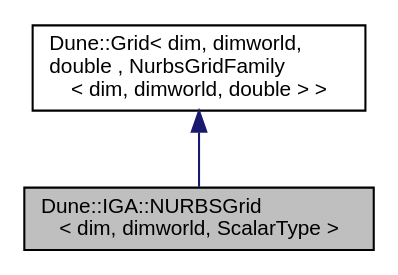
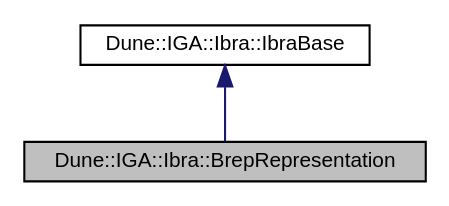
The diagram in de/de4/a01135.dot (rath3t/dune-iga-doc), drawn with Graphviz before and after one commit. The commit also changed 834 other files, not shown here.

Commit message:
deploy: rath3t/dune-iga@4029b7012355f20c5551990b3dfaf1e790af0da3

```diff
--- a/de/de4/a01135.dot
+++ b/de/de4/a01135.dot
@@ -1,9 +1,9 @@
-digraph "Dune::IGA::NURBSGrid&lt; dim, dimworld, ScalarType &gt;"
+digraph "Dune::IGA::Ibra::BrepRepresentation"
 {
  // LATEX_PDF_SIZE
   edge [fontname="Helvetica",fontsize="10",labelfontname="Helvetica",labelfontsize="10"];
   node [fontname="Helvetica",fontsize="10",shape=record];
-  Node1 [label="Dune::IGA::NURBSGrid\l\< dim, dimworld, ScalarType \>",height=0.2,width=0.4,color="black", fillcolor="grey75", style="filled", fontcolor="black",tooltip="[ provides Dune::Grid ]"];
+  Node1 [label="Dune::IGA::Ibra::BrepRepresentation",height=0.2,width=0.4,color="black", fillcolor="grey75", style="filled", fontcolor="black",tooltip=" "];
   Node2 -> Node1 [dir="back",color="midnightblue",fontsize="10",style="solid",fontname="Helvetica"];
-  Node2 [label="Dune::Grid\< dim, dimworld,\l double , NurbsGridFamily\l\< dim, dimworld, double  \> \>",height=0.2,width=0.4,color="black", fillcolor="white", style="filled",tooltip=" "];
+  Node2 [label="Dune::IGA::Ibra::IbraBase",height=0.2,width=0.4,color="black", fillcolor="white", style="filled",URL="$d0/d39/a01112.html",tooltip=" "];
 }
```
